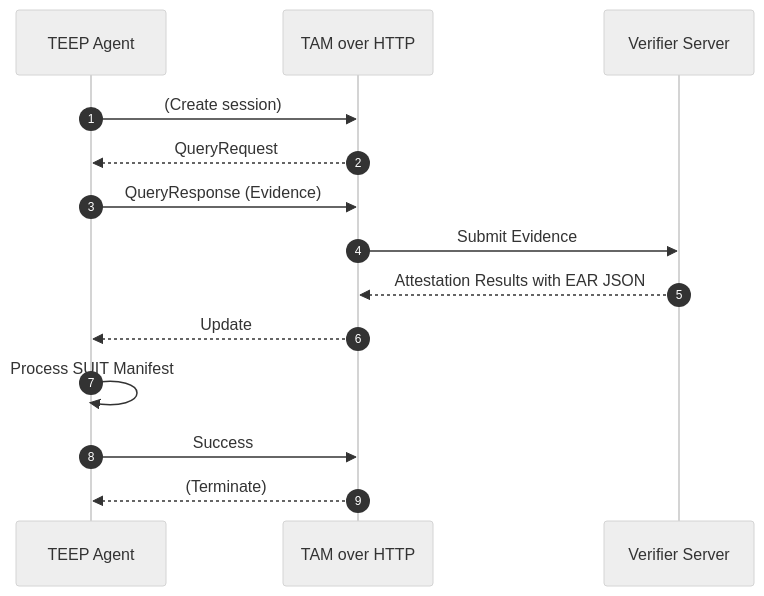
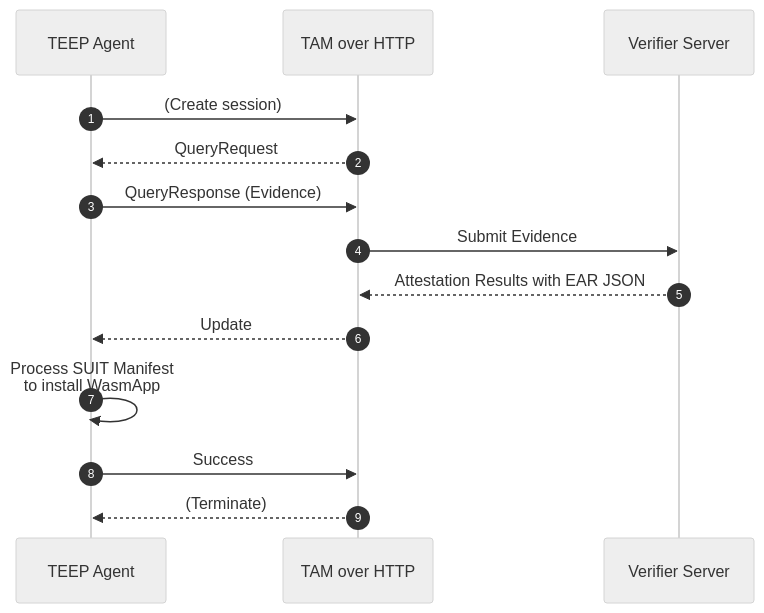
Before and after one commit to kentakayama/tam-over-http: the second of 2 diagrams in README.md, drawn with Mermaid (neutral theme).

Commit message:
update: README

````diff
--- a/README.md
+++ b/README.md
@@ -67,17 +67,17 @@
 ```mermaid
 sequenceDiagram
     autonumber
     participant Client as TEEP Agent
     participant TAM as TAM over HTTP
     participant Verifier as Verifier Server
 
     Client->>TAM: (Create session)
     TAM-->>Client: QueryRequest
     Client->>TAM: QueryResponse (Evidence)
     TAM->>Verifier: Submit Evidence
     Verifier-->>TAM: Attestation Results with EAR JSON
     TAM-->>Client: Update
-    Client->>Client: Process SUIT Manifest
+    Client->>Client: Process SUIT Manifest<br/>to install WasmApp
     Client->>TAM: Success
     TAM-->>Client: (Terminate)
 ```
````
